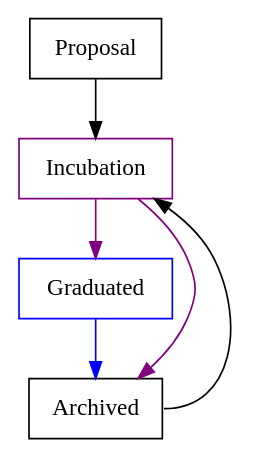
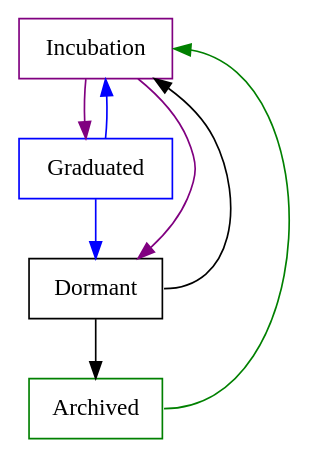
The diagram in governing-documents/project-lifecycle.gv (hyperledger/toc), drawn with Graphviz before and after one commit. The commit also changed 2 other files, not shown here.

```diff
--- a/governing-documents/project-lifecycle.gv
+++ b/governing-documents/project-lifecycle.gv
@@ -1,12 +1,14 @@
 digraph lifecycle {
   node [shape=box]
-  // rank=same; Proposal; Incubation; Graduated;
-  Proposal -> Incubation [weight=1]
   Incubation [color=purple];
   Incubation -> Graduated [color=purple, weight=1];
-  Incubation -> Archived [color=purple, weight=0];
+  Incubation -> Dormant [color=purple, weight=0];
   Graduated [color=blue];
-  Graduated -> Archived [color = blue, weight=1];
-  Archived [color=black];
-  Archived:e -> Incubation [weight=0];
+  Graduated -> Incubation [color=blue, weight=0];
+  Graduated -> Dormant [color=blue, weight=1];
+  Dormant [color=black];
+  Dormant:e -> Incubation [weight=0];
+  Dormant -> Archived
+  Archived [color=green]
+  Archived:e -> Incubation:e [weight=0, color=green];
 }
```
